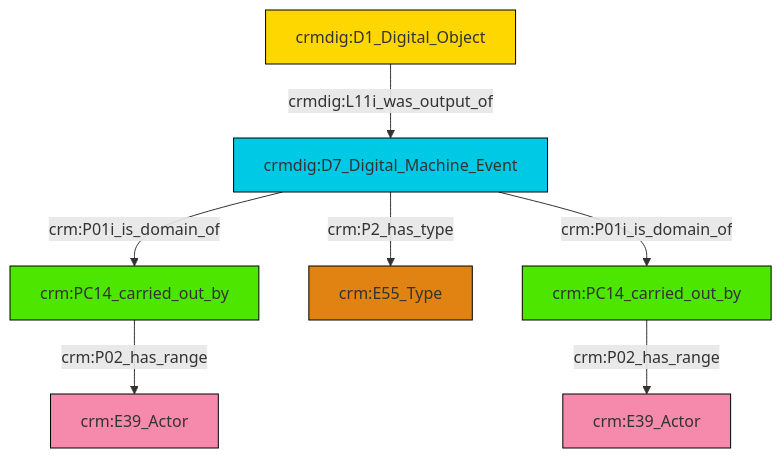
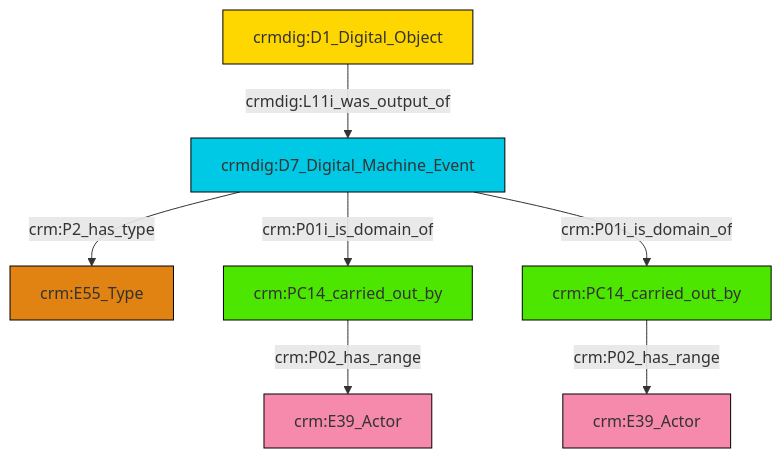
The diagram in et/doCSV/ttl/mmd/do_actor_relations.ttl.mmd (swiss-art-research-net/reference-data-models), drawn with Mermaid before and after one commit. The commit also changed 153 other files, not shown here.

```diff
--- a/et/doCSV/ttl/mmd/do_actor_relations.ttl.mmd
+++ b/et/doCSV/ttl/mmd/do_actor_relations.ttl.mmd
@@ -1,21 +1,21 @@
 graph TD
 classDef Literal fill:#f2f2f2,stroke:#000000;
 classDef CRM_Entity fill:#FFFFFF,stroke:#000000;
 classDef Temporal_Entity fill:#00C9E6, stroke:#000000;
 classDef Type fill:#E18312, stroke:#000000;
 classDef Time-Span fill:#2C9C91, stroke:#000000;
 classDef Appellation fill:#FFEB7F, stroke:#000000;
 classDef Place fill:#008836, stroke:#000000;
 classDef Persistent_Item fill:#B266B2, stroke:#000000;
 classDef Conceptual_Object fill:#FFD700, stroke:#000000;
 classDef Physical_Thing fill:#D2B48C, stroke:#000000;
 classDef Actor fill:#f58aad, stroke:#000000;
 classDef PC_Classes fill:#4ce600, stroke:#000000;
 classDef Multi fill:#cccccc,stroke:#000000;
 
-0["crm:PC14_carried_out_by"]:::PC_Classes -->|crm:P02_has_range| 1["crm:E39_Actor"]:::Actor
-7["crmdig:D7_Digital_Machine_Event"]:::Temporal_Entity -->|crm:P2_has_type| 4["crm:E55_Type"]:::Type
-8["crm:PC14_carried_out_by"]:::PC_Classes -->|crm:P02_has_range| 2["crm:E39_Actor"]:::Actor
-7["crmdig:D7_Digital_Machine_Event"]:::Temporal_Entity -->|crm:P01i_is_domain_of| 0["crm:PC14_carried_out_by"]:::PC_Classes
-13["crmdig:D1_Digital_Object"]:::Conceptual_Object -->|crmdig:L11i_was_output_of| 7["crmdig:D7_Digital_Machine_Event"]:::Temporal_Entity
-7["crmdig:D7_Digital_Machine_Event"]:::Temporal_Entity -->|crm:P01i_is_domain_of| 8["crm:PC14_carried_out_by"]:::PC_Classes
+2["crm:PC14_carried_out_by"]:::PC_Classes -->|crm:P02_has_range| 3["crm:E39_Actor"]:::Actor
+6["crmdig:D7_Digital_Machine_Event"]:::Temporal_Entity -->|crm:P01i_is_domain_of| 7["crm:PC14_carried_out_by"]:::PC_Classes
+9["crmdig:D1_Digital_Object"]:::Conceptual_Object -->|crmdig:L11i_was_output_of| 6["crmdig:D7_Digital_Machine_Event"]:::Temporal_Entity
+6["crmdig:D7_Digital_Machine_Event"]:::Temporal_Entity -->|crm:P01i_is_domain_of| 2["crm:PC14_carried_out_by"]:::PC_Classes
+7["crm:PC14_carried_out_by"]:::PC_Classes -->|crm:P02_has_range| 4["crm:E39_Actor"]:::Actor
+6["crmdig:D7_Digital_Machine_Event"]:::Temporal_Entity -->|crm:P2_has_type| 0["crm:E55_Type"]:::Type
```
